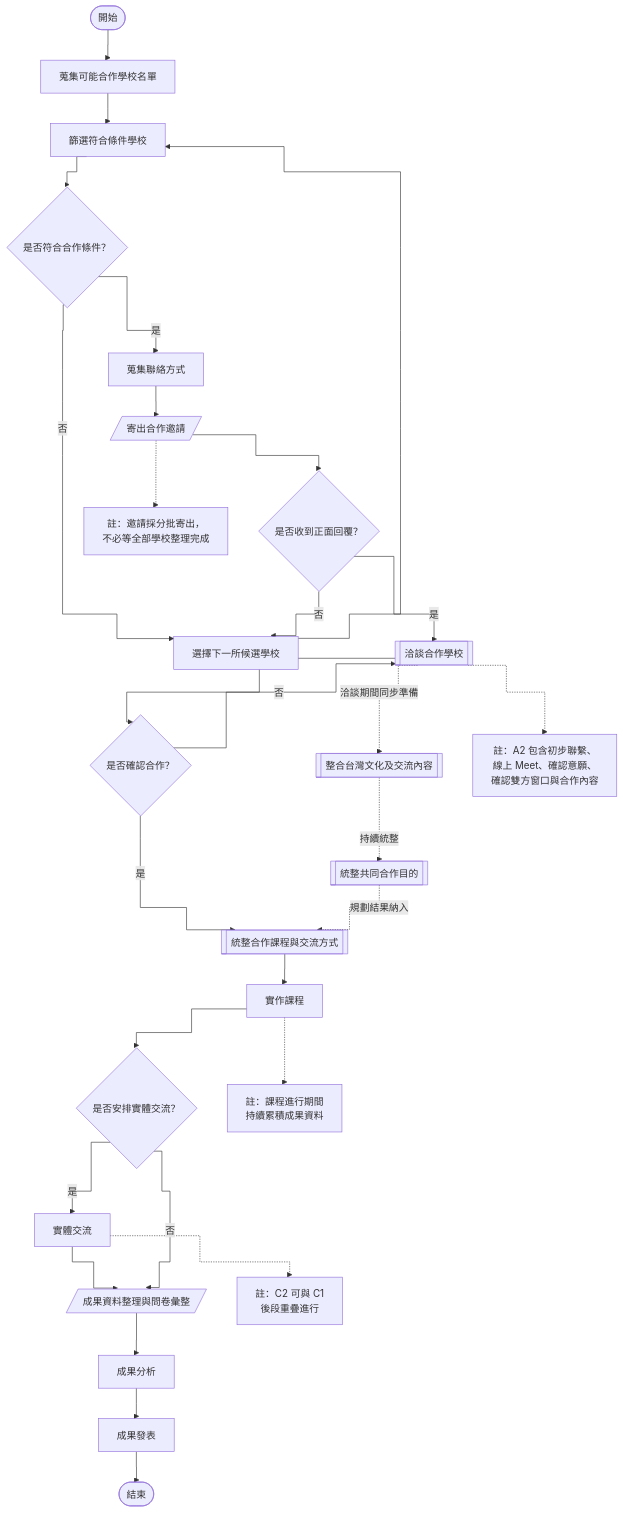
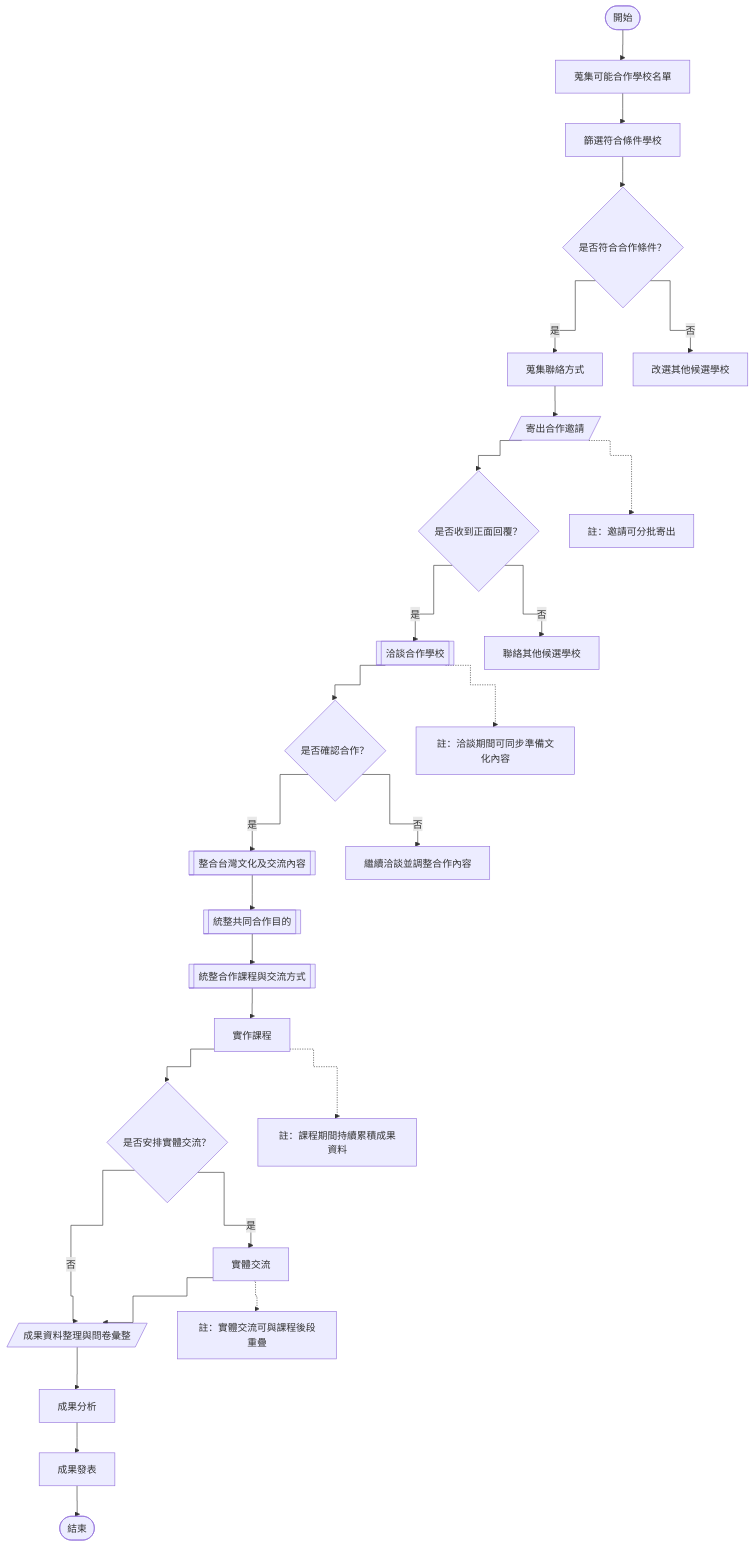
The diagram in README.md (hank0729/-), drawn with Mermaid before and after one commit. The commit also changed other lines of this file, not shown here.

```diff
--- a/README.md
+++ b/README.md
@@ -16,14 +16,12 @@
 }}%%
 flowchart TD
 
-    %% ===== 開始 =====
     START([開始])
 
     %% ===== A. 合作學校接洽 =====
     A11[蒐集可能合作學校名單]
     A12[篩選符合條件學校]
     ACHK{是否符合合作條件？}
-    ANEXT[選擇下一所候選學校]
     A13[蒐集聯絡方式]
     A14[/寄出合作邀請/]
     AREPLY{是否收到正面回覆？}
@@ -59,7 +57,10 @@
     AREPLY -- 是 --> A2
     A2 --> ACONFIRM
 
-    ACONFIRM -- 是 --> B3
+    ACONFIRM -- 是 --> B1
+    B1 --> B2
+    B2 --> B3
+
     B3 --> C1
     C1 --> C2CHECK
 
@@ -71,22 +72,20 @@
     D2 --> D3
     D3 --> END
 
-    %% ===== 否 / 回圈 =====
-    ACHK -- 否 --> ANEXT
-    AREPLY -- 否 --> ANEXT
-    ACONFIRM -- 否 --> A2
-    ANEXT --> A12
+    %% ===== 例外分支 =====
+    R1["改選其他候選學校"]
+    R2["聯絡其他候選學校"]
+    R3["繼續洽談並調整合作內容"]
 
-    %% ===== 並行作業 =====
-    A2 -. 洽談期間同步準備 .-> B1
-    B1 -. 持續統整 .-> B2
-    B2 -. 規劃結果納入 .-> B3
+    ACHK -- 否 --> R1
+    AREPLY -- 否 --> R2
+    ACONFIRM -- 否 --> R3
 
     %% ===== 註釋 =====
-    N1["註：邀請採分批寄出，<br/>不必等全部學校整理完成"]
-    N2["註：A2 包含初步聯繫、<br/>線上 Meet、確認意願、<br/>確認雙方窗口與合作內容"]
-    N3["註：課程進行期間<br/>持續累積成果資料"]
-    N4["註：C2 可與 C1<br/>後段重疊進行"]
+    N1["註：邀請可分批寄出"]
+    N2["註：洽談期間可同步準備文化內容"]
+    N3["註：課程期間持續累積成果資料"]
+    N4["註：實體交流可與課程後段重疊"]
 
     A14 -.-> N1
     A2 -.-> N2
```
